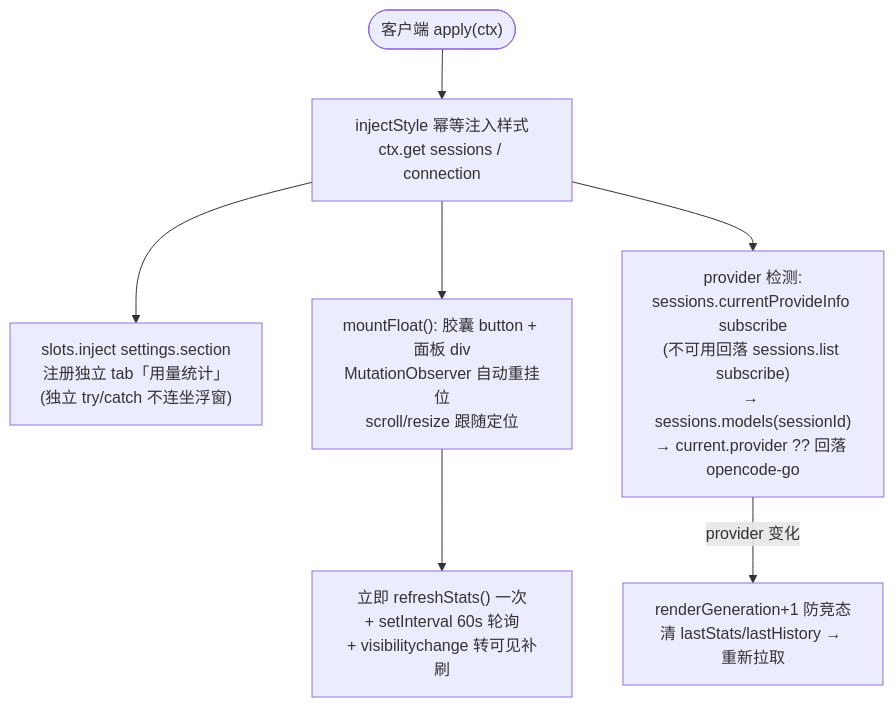
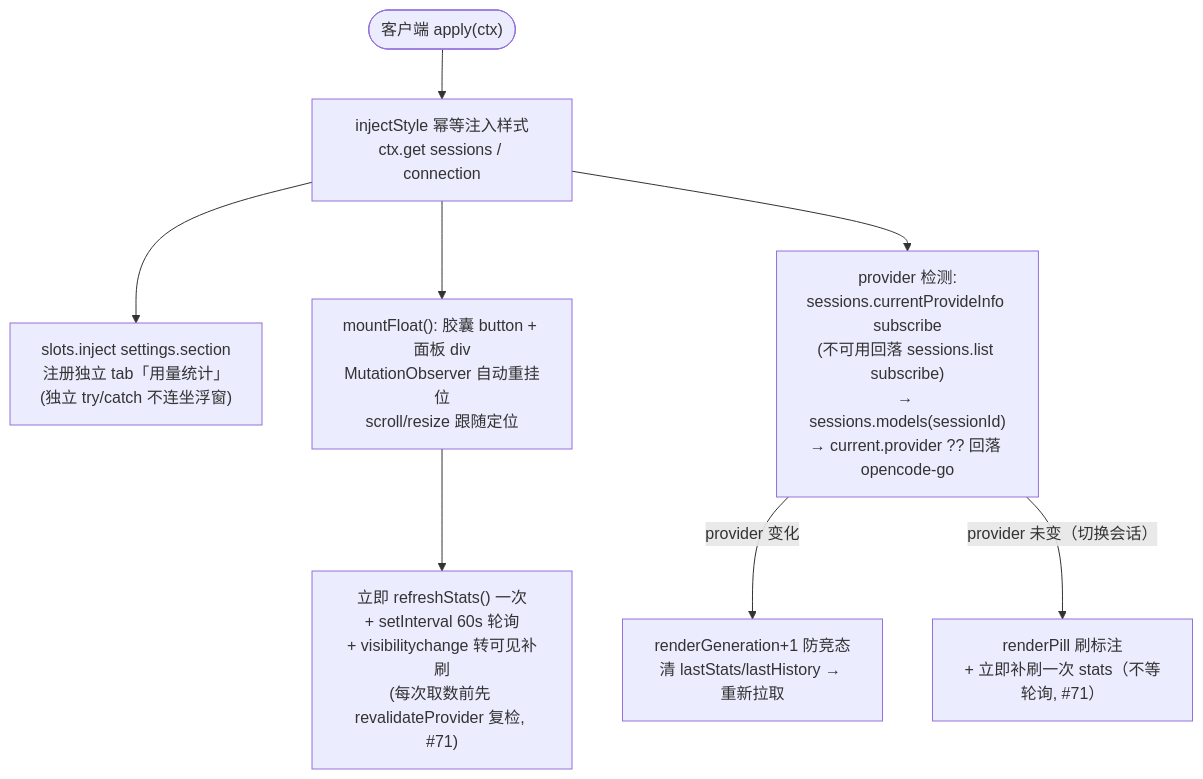
Before and after one commit to wingsky-1/dsh-plugin-hub: the eighth of 10 diagrams in packages/dsh-provider-usage/docs/architecture.md, drawn with Mermaid. The commit also changed 9 other files, not shown here.

First line of the commit message:
fix(dsh-provider-usage): refreshStats 取数前复检会话当前 provider（#71 A1） (#247)

````diff
--- a/packages/dsh-provider-usage/docs/architecture.md
+++ b/packages/dsh-provider-usage/docs/architecture.md
@@ -300,9 +300,10 @@
 ```mermaid
 flowchart TD
     S(["客户端 apply(ctx)"]) --> A["injectStyle 幂等注入样式<br/>ctx.get sessions / connection"]
     A --> B["slots.inject settings.section<br/>注册独立 tab「用量统计」<br/>(独立 try/catch 不连坐浮窗)"]
     A --> C["mountFloat(): 胶囊 button + 面板 div<br/>MutationObserver 自动重挂位<br/>scroll/resize 跟随定位"]
-    C --> D["立即 refreshStats() 一次<br/>+ setInterval 60s 轮询<br/>+ visibilitychange 转可见补刷"]
+    C --> D["立即 refreshStats() 一次<br/>+ setInterval 60s 轮询<br/>+ visibilitychange 转可见补刷<br/>(每次取数前先 revalidateProvider 复检, #71)"]
     A --> E["provider 检测:<br/>sessions.currentProvideInfo subscribe<br/>(不可用回落 sessions.list subscribe)<br/>→ sessions.models(sessionId)<br/>→ current.provider ?? 回落 opencode-go"]
     E -->|"provider 变化"| F["renderGeneration+1 防竞态<br/>清 lastStats/lastHistory → 重新拉取"]
+    E -->|"provider 未变（切换会话）"| G["renderPill 刷标注<br/>+ 立即补刷一次 stats（不等轮询, #71）"]
 ```
````
